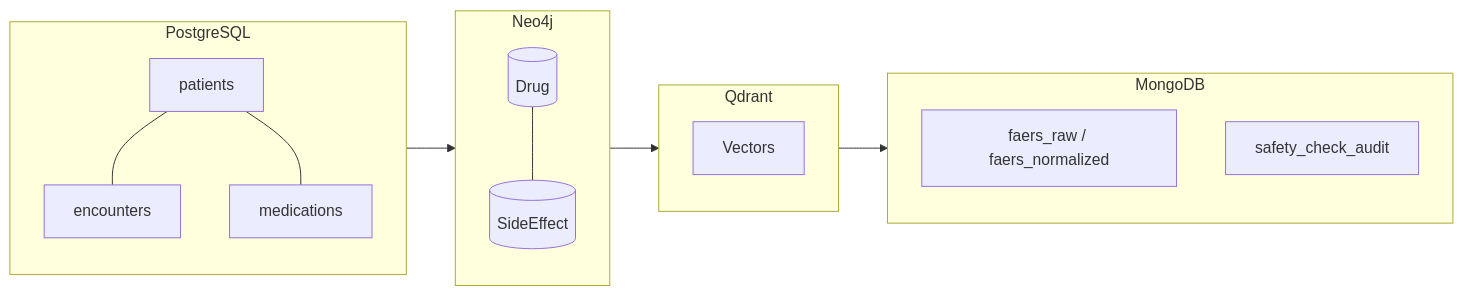
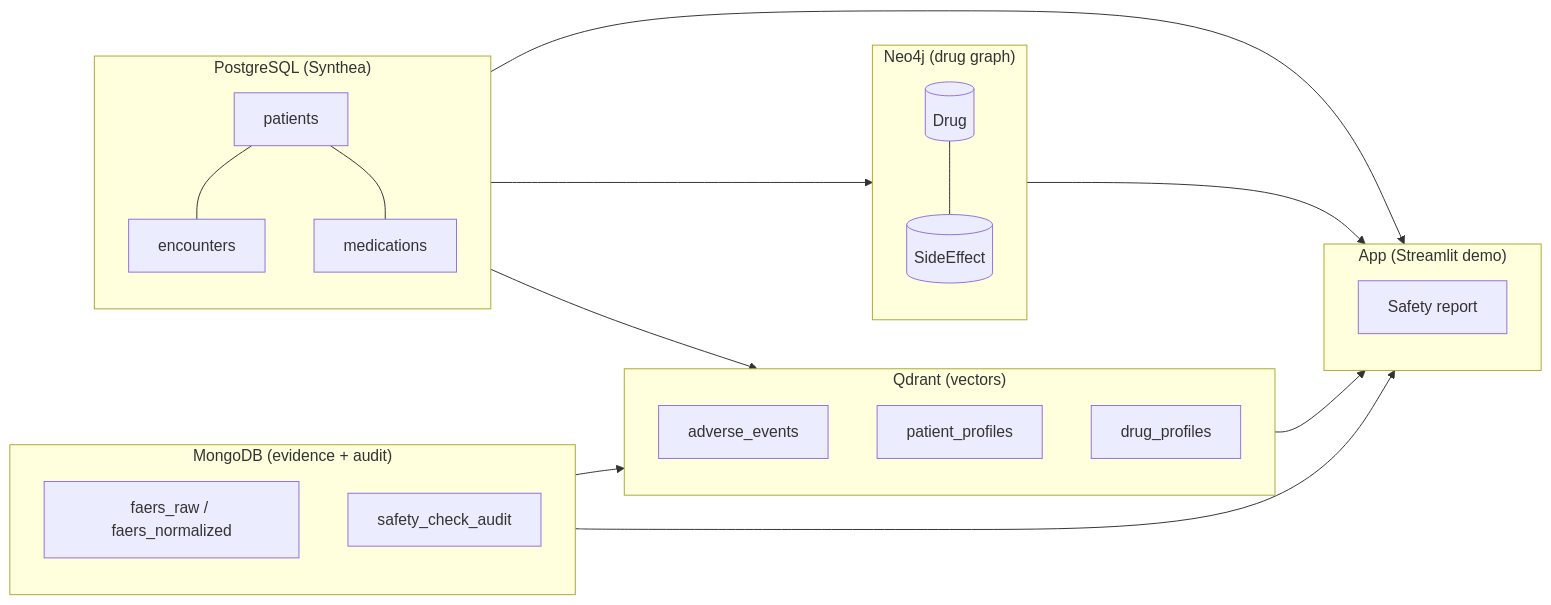
One commit to eemilycchen/drug_safety_and_recommendation changed the sixth of 6 diagrams in docs/database_diagrams.md. Above: the diagram before and after it, drawn with Mermaid. The commit also changed other lines of this file and 1 other file, not shown here.

Commit message:
updated diagrams

````diff
--- a/docs/database_diagrams.md
+++ b/docs/database_diagrams.md
@@ -235,29 +270,39 @@
 ```mermaid
 flowchart LR
-    subgraph PG["PostgreSQL"]
+    subgraph PG["PostgreSQL (Synthea)"]
         P[patients]
         E[encounters]
         M[medications]
         P --- E
         P --- M
     end
 
-    subgraph N4["Neo4j"]
+    subgraph N4["Neo4j (drug graph)"]
         D[(Drug)]
         S[(SideEffect)]
         D --- S
     end
 
-    subgraph Q["Qdrant"]
-        V[Vectors]
-    end
-
-    subgraph MON["MongoDB"]
+    subgraph MON["MongoDB (evidence + audit)"]
         F[faers_raw / faers_normalized]
         A[safety_check_audit]
     end
 
+    subgraph Q["Qdrant (vectors)"]
+        AE[adverse_events]
+        PP[patient_profiles]
+        DP[drug_profiles]
+    end
+
+    subgraph APP["App (Streamlit demo)"]
+        UI["Safety report"]
+    end
+
     PG --> N4
-    N4 --> Q
-    Q --> MON
+    PG --> Q
+    MON --> Q
+    PG --> APP
+    N4 --> APP
+    Q --> APP
+    MON --> APP
 ```
````
